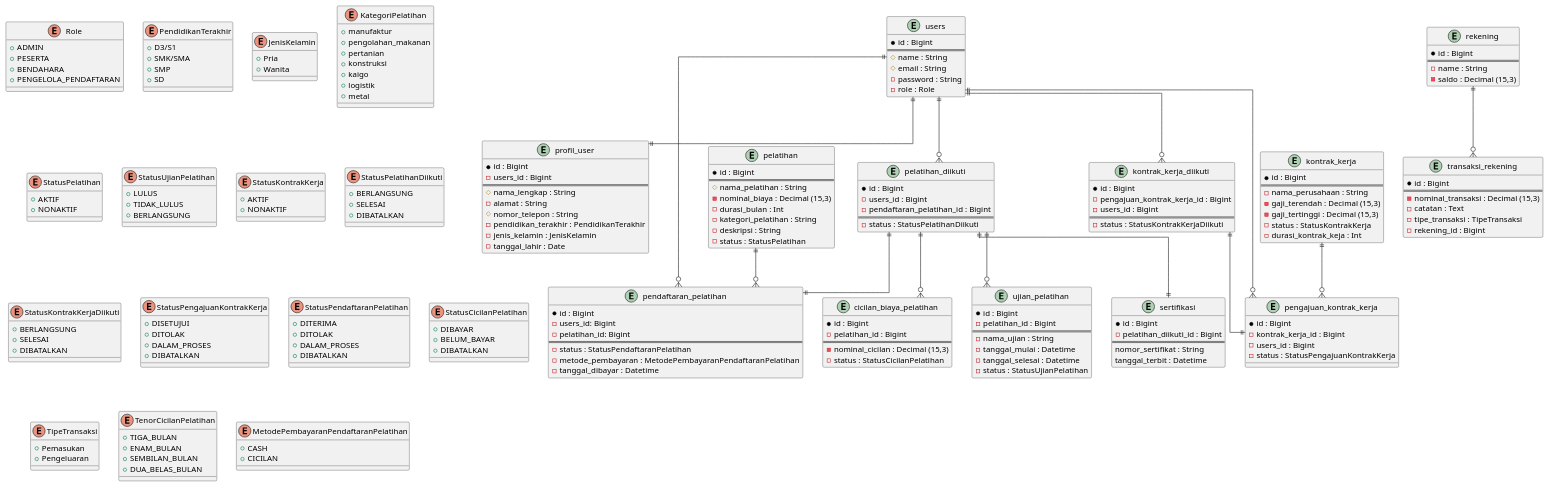
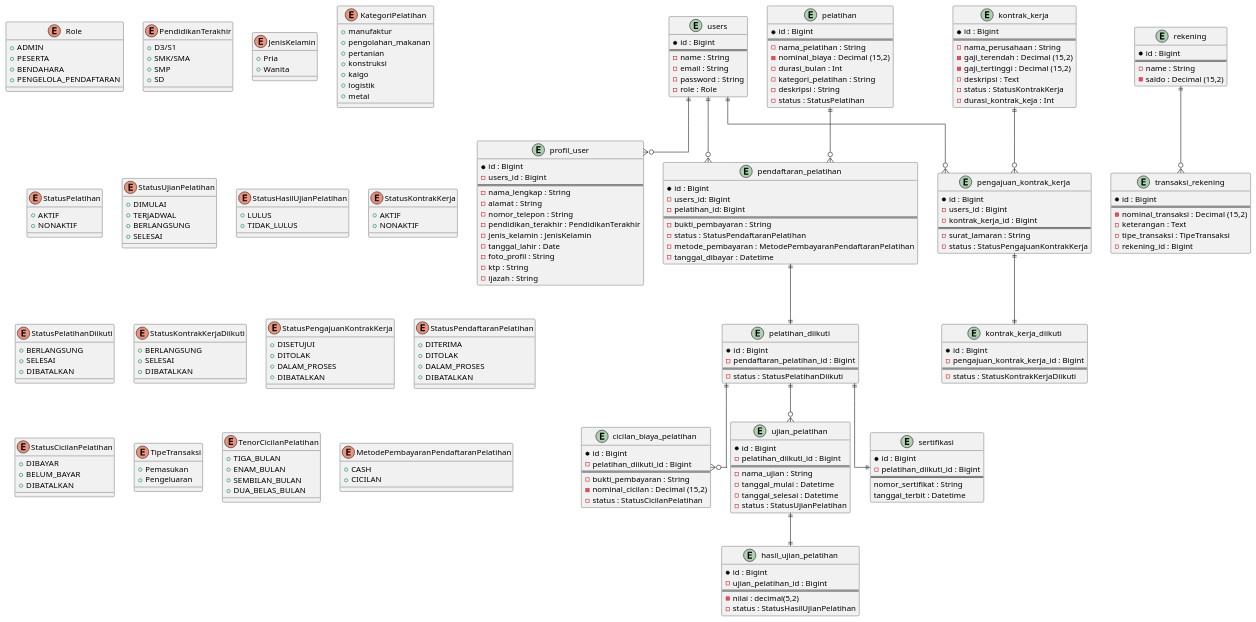
The diagram in docs/erd/emje_erd.puml (fpbismyname/emje-web), drawn with PlantUML before and after one commit. The commit also changed 114 other files, not shown here.

```diff
--- a/docs/erd/emje_erd.puml
+++ b/docs/erd/emje_erd.puml
@@ -1,29 +1,36 @@
 @startuml ERD Database PT EMJE PANDAJAYA
 
-' !pragma layout smetana
 skinparam linetype ortho
 
 '=================================
 ' Enums
 '=================================
 
-
+' Table     
+' enum users.role
 enum Role{
     +ADMIN
     +PESERTA
     +BENDAHARA
     +PENGELOLA_PENDAFTARAN
 }
+
+' Table profile_user
+' enum profil_user.pendidikan_terakhir
 enum PendidikanTerakhir{
     +D3/S1
     +SMK/SMA
     +SMP
     +SD
 }
+' enum profil_user.jenis_kelamin
 enum JenisKelamin{
     +Pria
     +Wanita
 }
+
+' Table pelatihan
+' enum pelatihan.kategori
 enum KategoriPelatihan{
     +manufaktur
     +pengolahan_makanan
@@ -33,56 +40,87 @@
     +logistik
     +metal
 }
+' enum pelatihan.status
 enum StatusPelatihan{
     +AKTIF
     +NONAKTIF
 }
+
+' Table ujian_pelatihan
+' ujian_pelatihan.status
 enum StatusUjianPelatihan{
+    +DIMULAI
+    +TERJADWAL
+    +BERLANGSUNG
+    +SELESAI
+}
+' Table hasil_ujian_pelatihan
+' enum hasil_ujian_pelatihan.status
+enum StatusHasilUjianPelatihan{
     +LULUS
     +TIDAK_LULUS
-    +BERLANGSUNG
 }
+
+' Table kontrak_Kerja
+' enum kontrak_kerja.status
 enum StatusKontrakKerja{
     +AKTIF
     +NONAKTIF
 }
+
+' Table pelatihan_diikuti
+' enum pelatihan_diikuti.status
 enum StatusPelatihanDiikuti{
     +BERLANGSUNG
     +SELESAI
     +DIBATALKAN
 }
+' Table kontrak_kerja_diikuti
+' enum kontrak_kerja_diikuti.status
 enum StatusKontrakKerjaDiikuti{
     +BERLANGSUNG
     +SELESAI
     +DIBATALKAN
 }
+' Table pengajuan_kontrak_kerja
+' enum pengajuan_kontrak_kerja.status
 enum StatusPengajuanKontrakKerja{
     +DISETUJUI
     +DITOLAK
     +DALAM_PROSES
     +DIBATALKAN
 }
+' Table pendaftaran_pelatihan
+' enum pendaftaran_pelatihan.status
 enum StatusPendaftaranPelatihan{
     +DITERIMA
     +DITOLAK
     +DALAM_PROSES
     +DIBATALKAN
 }
+' Table cicilan_biaya_pelatihan
+' enum cicilan_biaya_pelatihan.status
 enum StatusCicilanPelatihan{
     +DIBAYAR
     +BELUM_BAYAR
     +DIBATALKAN
 }
+
+' Table transaksi_rekening
+' enum transaksi_rekening.status
 enum TipeTransaksi {
     +Pemasukan
     +Pengeluaran
 }
+' Table cicilan_biaya_pelatihan
 enum TenorCicilanPelatihan{
     +TIGA_BULAN
     +ENAM_BULAN
     +SEMBILAN_BULAN
     +DUA_BELAS_BULAN
 }
+' Table pendaftaran_pelatihan
+' enum pendaftaran_pelatihan.metode_pembayaran
 enum MetodePembayaranPendaftaranPelatihan{
     +CASH
     +CICILAN
@@ -98,8 +136,8 @@
 entity users{
     *id : Bigint
     ===
-    #name : String
-    #email : String
+    -name : String
+    -email : String
     -password : String
     -role : Role
 }
@@ -107,12 +145,15 @@
     *id : Bigint
     -users_id : Bigint
     ===
-    #nama_lengkap : String
+    -nama_lengkap : String
     -alamat : String
-    #nomor_telepon : String
+    -nomor_telepon : String
     -pendidikan_terakhir : PendidikanTerakhir
     -jenis_kelamin : JenisKelamin
     -tanggal_lahir : Date
+    -foto_profil : String
+    -ktp : String
+    -ijazah : String
 }
 
 
@@ -123,6 +164,7 @@
     -users_id: Bigint
     -pelatihan_id: Bigint
     ===
+    -bukti_pembayaran : String
     -status : StatusPendaftaranPelatihan
     -metode_pembayaran : MetodePembayaranPendaftaranPelatihan
     -tanggal_dibayar : Datetime
@@ -130,8 +172,8 @@
 entity pelatihan{
     *id : Bigint
     ===
-    #nama_pelatihan : String
-    -nominal_biaya : Decimal (15,3)
+    -nama_pelatihan : String
+    -nominal_biaya : Decimal (15,2)
     -durasi_bulan : Int
     -kategori_pelatihan : String
     -deskripsi : String
@@ -139,48 +181,55 @@
 }
 entity pelatihan_diikuti{
     *id : Bigint
-    -users_id : Bigint
     -pendaftaran_pelatihan_id : Bigint
     ===
     -status : StatusPelatihanDiikuti
 }
 entity cicilan_biaya_pelatihan{
     *id : Bigint
-    -pelatihan_id : Bigint
+    -pelatihan_diikuti_id : Bigint
     ===
-    -nominal_cicilan : Decimal (15,3)
+    -bukti_pembayaran : String
+    -nominal_cicilan : Decimal (15,2)
     -status : StatusCicilanPelatihan
 }
 entity ujian_pelatihan{
     *id : Bigint
-    -pelatihan_id : Bigint
+    -pelatihan_diikuti_id : Bigint
     ===
     -nama_ujian : String
     -tanggal_mulai : Datetime
     -tanggal_selesai : Datetime
     -status : StatusUjianPelatihan
 }
-
-' Kontrak kerja
+entity hasil_ujian_pelatihan{
+    *id : Bigint
+    -ujian_pelatihan_id : Bigint
+    ===
+    -nilai : decimal(5,2)
+    -status : StatusHasilUjianPelatihan
+}
 entity pengajuan_kontrak_kerja{
     *id : Bigint
+    -users_id : Bigint
     -kontrak_kerja_id : Bigint
-    -users_id : Bigint
+    ===
+    -surat_lamaran : String
     -status : StatusPengajuanKontrakKerja
 }
 entity kontrak_kerja{
     *id : Bigint
     ===
     -nama_perusahaan : String
-    -gaji_terendah : Decimal (15,3)
-    -gaji_tertinggi : Decimal (15,3)
+    -gaji_terendah : Decimal (15,2)
+    -gaji_tertinggi : Decimal (15,2)
+    -deskripsi : Text
     -status : StatusKontrakKerja
     -durasi_kontrak_keja : Int
 }
 entity kontrak_kerja_diikuti{
     *id : Bigint
     -pengajuan_kontrak_kerja_id : Bigint
-    -users_id : Bigint
     ===
     -status : StatusKontrakKerjaDiikuti
 }
@@ -197,59 +246,39 @@
     *id : Bigint
     ===
     -name : String
-    -saldo : Decimal (15,3)
+    -saldo : Decimal (15,2)
 }
 entity transaksi_rekening{
     *id : Bigint
     ===
-    -nominal_transaksi : Decimal (15,3)
-    -catatan : Text
+    -nominal_transaksi : Decimal (15,2)
+    -keterangan : Text
     -tipe_transaksi : TipeTransaksi
     -rekening_id : Bigint
 }
 
-' =======================
-' Relationships
-' =======================
+' =============
+' Relationship
+' =============
 
-' One users has one profile
-users ||--|| profil_user
+' Flow relation profil_user
+users ||--o{ profil_user
 
-' One users has many pelatihan
-users ||--o{ pelatihan_diikuti
+' Flow relation pelatihan
+users ||--o{ pendaftaran_pelatihan
+pendaftaran_pelatihan ||--|| pelatihan_diikuti
+pelatihan ||--o{ pendaftaran_pelatihan
+pelatihan_diikuti ||--o{ cicilan_biaya_pelatihan
+pelatihan_diikuti ||--|| sertifikasi
+pelatihan_diikuti ||--o{ ujian_pelatihan
+ujian_pelatihan ||--|| hasil_ujian_pelatihan
 
-' One user has many kontrak_kerja_diikuti
-users ||--o{ kontrak_kerja_diikuti
+' Flow relation kontrak_kerja
+users ||--o{ pengajuan_kontrak_kerja
+kontrak_kerja ||--o{ pengajuan_kontrak_kerja
+pengajuan_kontrak_kerja ||--|| kontrak_kerja_diikuti
 
-' One user has many pendaftaran_pelatihan
-users ||--o{ pendaftaran_pelatihan
-
-' One user has many pengajuan_kontrak_kerja
-users ||--o{ pengajuan_kontrak_kerja
-
-' One kontrak_kerja has many pendaftaran_kontrak_kerja
-kontrak_kerja ||--o{ pengajuan_kontrak_kerja
-
-' One pelatihan has many pendaftaran_pelatihan
-pelatihan ||--o{ pendaftaran_pelatihan
-
-' One pelatihan_diikuti has many ujian_pelatihan
-pelatihan_diikuti ||--o{ ujian_pelatihan
-
-' One pelatihan_diikuti has many cicilan_biaya_pelatihan
-pelatihan_diikuti ||--o{ cicilan_biaya_pelatihan
-
-' One pelatihan_diikuti has many sertifikasi
-pelatihan_diikuti ||--|| sertifikasi
-
-' One pelatihan_diikuti has many pendaftaran_pelatihan
-pelatihan_diikuti ||--|| pendaftaran_pelatihan
-
-' One kontrak_kerja_diikuti has many pengajuan_kontrak_kerja
-kontrak_kerja_diikuti ||--|| pengajuan_kontrak_kerja
-
-
-' One rekening has many transaksi_rekening
+' Flow rekening
 rekening ||--o{ transaksi_rekening
 
 @enduml
```
